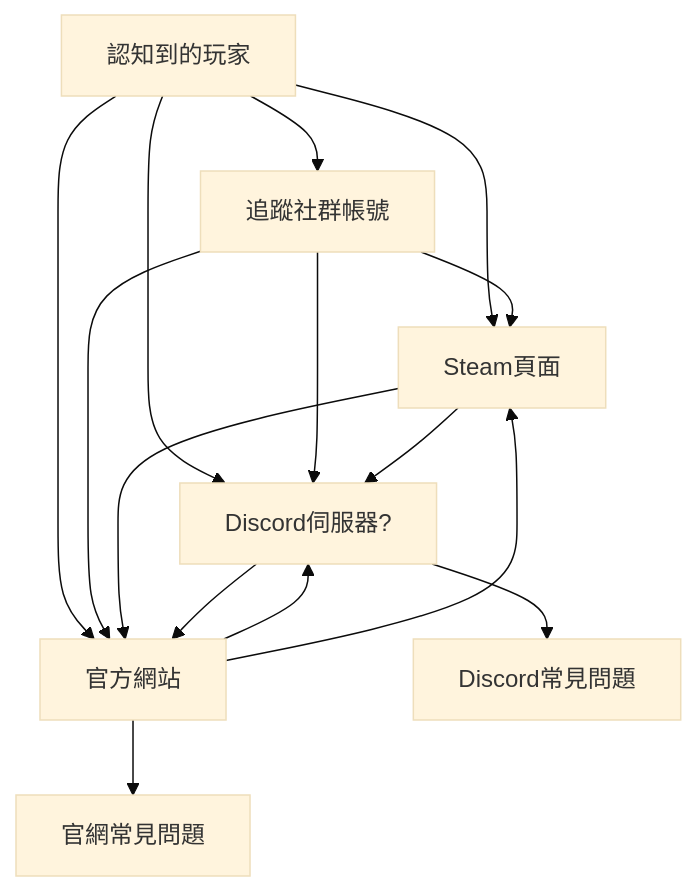
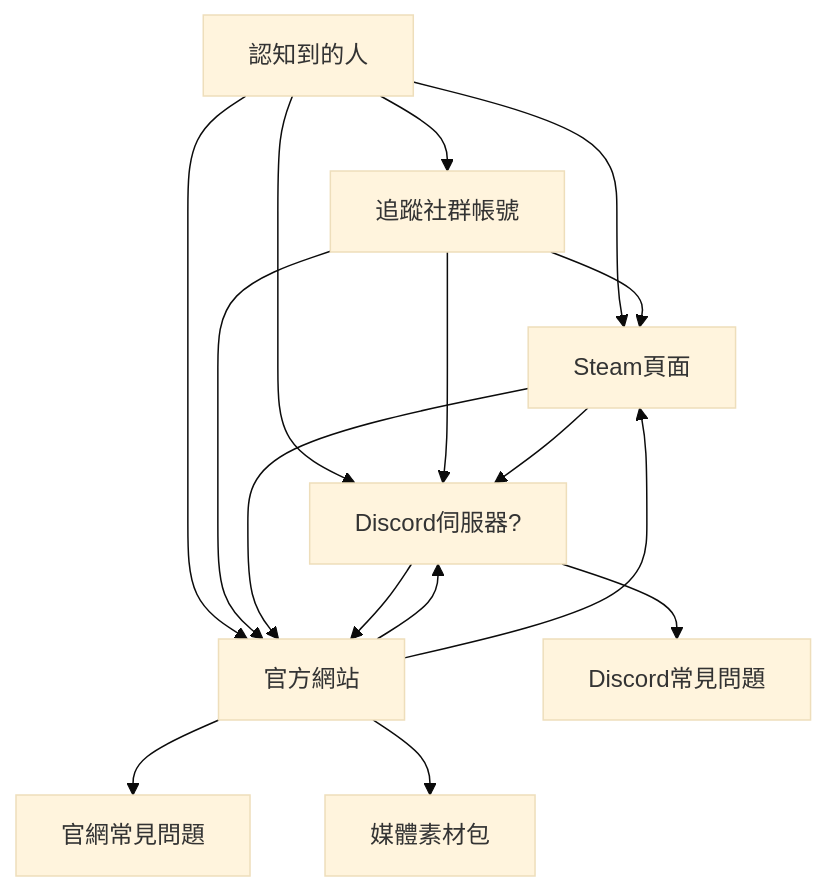
The ninth of 10 diagrams in content/tchinese/posts/game-design/0012-show-off-your-efforts.md (dklassic/dklassic.github.io), drawn with Mermaid (base theme) before and after one commit. The commit also changed other lines of this file, not shown here.

````diff
--- a/content/tchinese/posts/game-design/0012-show-off-your-efforts.md
+++ b/content/tchinese/posts/game-design/0012-show-off-your-efforts.md
@@ -159,17 +160,18 @@
 ```mermaid
 graph TD;
-    認知到的玩家-->追蹤社群帳號;
-    認知到的玩家-->Steam頁面;
-    認知到的玩家-->官方網站;
-    認知到的玩家-->Discord伺服器?;
+    認知到的人-->追蹤社群帳號;
+    認知到的人-->Steam頁面;
+    認知到的人-->官方網站;
+    認知到的人-->Discord伺服器?;
     追蹤社群帳號-->Steam頁面;
     追蹤社群帳號-->官方網站;
     追蹤社群帳號-->Discord伺服器?;
     Steam頁面-->Discord伺服器?;
     Steam頁面-->官方網站;
     官方網站-->Discord伺服器?;
     官方網站-->Steam頁面;
     官方網站-->官網常見問題;
+    官方網站-->媒體素材包;
     Discord伺服器?-->官方網站;
     Discord伺服器?-->Discord常見問題;
 ```
````
